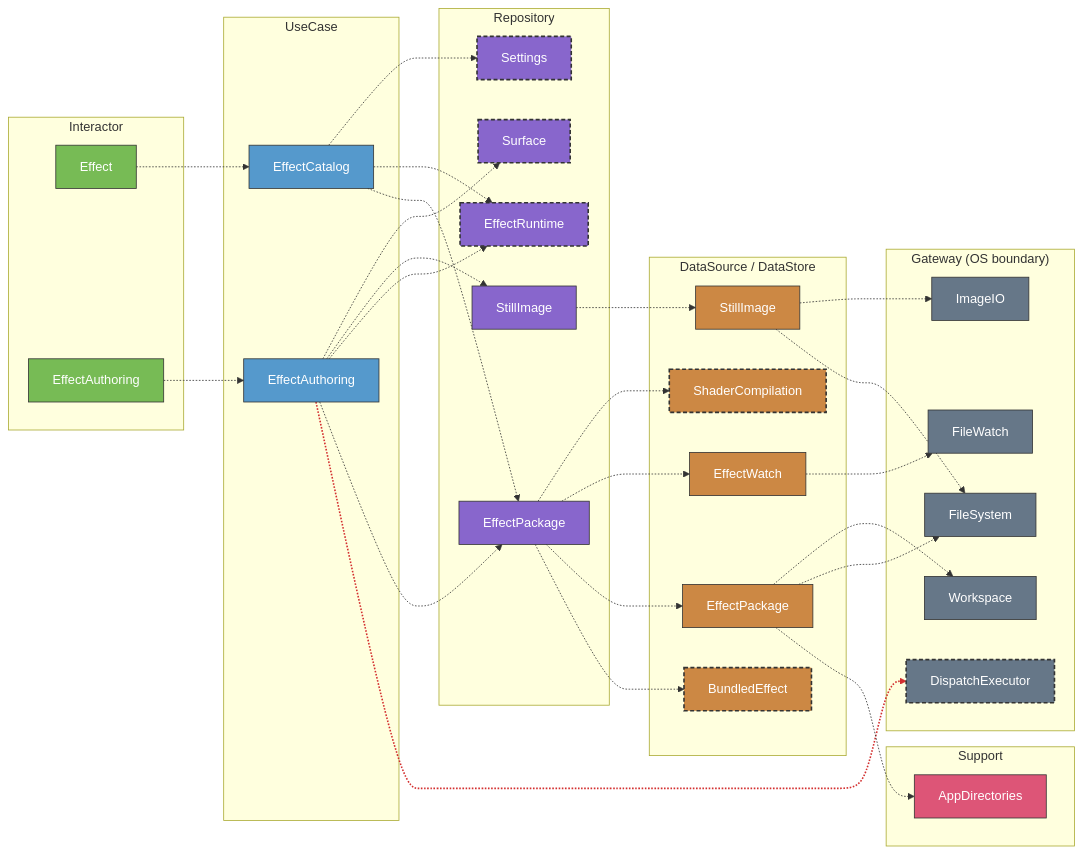
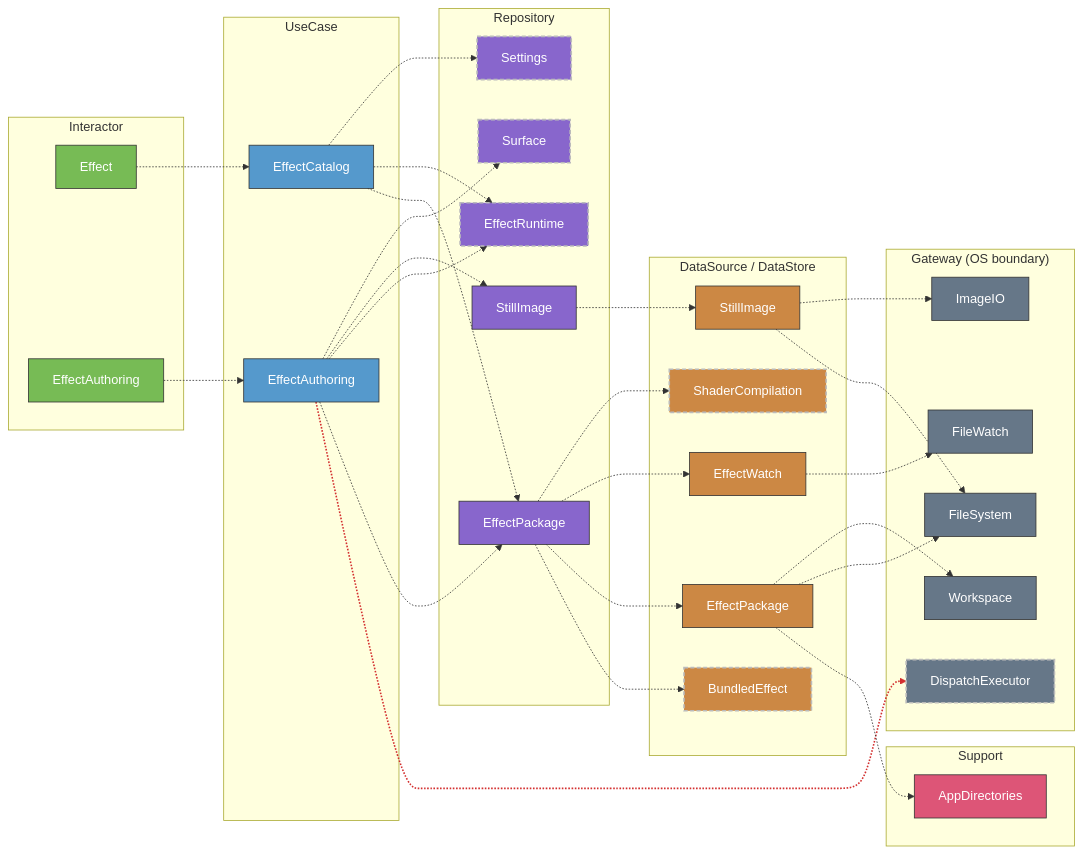
Before and after one commit to GeneralD/mirage: the sixth of 8 diagrams in docs/ARCHITECTURE.md, drawn with Mermaid. The commit also changed other lines of this file, not shown here.

First line of the commit message:
docs(architecture): draw the dashed border in a grey the dark theme shows

````diff
--- a/docs/ARCHITECTURE.md
+++ b/docs/ARCHITECTURE.md
@@ -339,66 +339,66 @@
 ```mermaid
 graph LR
   subgraph Area2_int["Interactor"]
     EffectInteractor["Effect"]:::int
     EffectAuthoringInteractor["EffectAuthoring"]:::int
   end
   subgraph Area2_uc["UseCase"]
     EffectCatalogUseCase["EffectCatalog"]:::uc
     EffectAuthoringUseCase["EffectAuthoring"]:::uc
   end
   subgraph Area2_repo["Repository"]
     EffectPackageRepository["EffectPackage"]:::repo
     StillImageRepository["StillImage"]:::repo
     EffectRuntimeRepository["EffectRuntime"]:::repox
     SettingsRepository["Settings"]:::repox
     SurfaceRepository["Surface"]:::repox
   end
   subgraph Area2_ds["DataSource / DataStore"]
     EffectPackageDataSource["EffectPackage"]:::ds
     EffectWatchDataSource["EffectWatch"]:::ds
     StillImageDataSource["StillImage"]:::ds
     BundledEffectDataSource["BundledEffect"]:::dsx
     ShaderCompilationDataSource["ShaderCompilation"]:::dsx
   end
   subgraph Area2_gw["Gateway (OS boundary)"]
     FileSystemGateway["FileSystem"]:::gw
     FileWatchGateway["FileWatch"]:::gw
     WorkspaceGateway["Workspace"]:::gw
     ImageIOGateway["ImageIO"]:::gw
     DispatchExecutorGateway["DispatchExecutor"]:::gwx
   end
   subgraph Area2_sup["Support"]
     AppDirectories:::sup
   end
   EffectInteractor -.-> EffectCatalogUseCase
   EffectAuthoringInteractor -.-> EffectAuthoringUseCase
   EffectCatalogUseCase -.-> EffectPackageRepository
   EffectCatalogUseCase -.-> EffectRuntimeRepository
   EffectCatalogUseCase -.-> SettingsRepository
   EffectAuthoringUseCase -.-> DispatchExecutorGateway
   EffectAuthoringUseCase -.-> EffectPackageRepository
   EffectAuthoringUseCase -.-> EffectRuntimeRepository
   EffectAuthoringUseCase -.-> StillImageRepository
   EffectAuthoringUseCase -.-> SurfaceRepository
   EffectPackageRepository -.-> BundledEffectDataSource
   EffectPackageRepository -.-> EffectPackageDataSource
   EffectPackageRepository -.-> EffectWatchDataSource
   EffectPackageRepository -.-> ShaderCompilationDataSource
   StillImageRepository -.-> StillImageDataSource
   EffectPackageDataSource -.-> AppDirectories
   EffectPackageDataSource -.-> FileSystemGateway
   EffectPackageDataSource -.-> WorkspaceGateway
   EffectWatchDataSource -.-> FileWatchGateway
   StillImageDataSource -.-> FileSystemGateway
   StillImageDataSource -.-> ImageIOGateway
   classDef ds fill:#c84,stroke:#333,color:#fff
-  classDef dsx fill:#c84,stroke:#333,stroke-width:2px,stroke-dasharray:5 3,color:#fff
+  classDef dsx fill:#c84,stroke:#bbb,stroke-width:2px,stroke-dasharray:5 3,color:#fff
   classDef gw fill:#678,stroke:#333,color:#fff
-  classDef gwx fill:#678,stroke:#333,stroke-width:2px,stroke-dasharray:5 3,color:#fff
+  classDef gwx fill:#678,stroke:#bbb,stroke-width:2px,stroke-dasharray:5 3,color:#fff
   classDef int fill:#7b5,stroke:#333,color:#fff
   classDef repo fill:#86c,stroke:#333,color:#fff
-  classDef repox fill:#86c,stroke:#333,stroke-width:2px,stroke-dasharray:5 3,color:#fff
+  classDef repox fill:#86c,stroke:#bbb,stroke-width:2px,stroke-dasharray:5 3,color:#fff
   classDef sup fill:#d57,stroke:#333,color:#fff
   classDef uc fill:#59c,stroke:#333,color:#fff
   linkStyle 5 stroke:#d32f2f,stroke-width:2px
 ```
````
